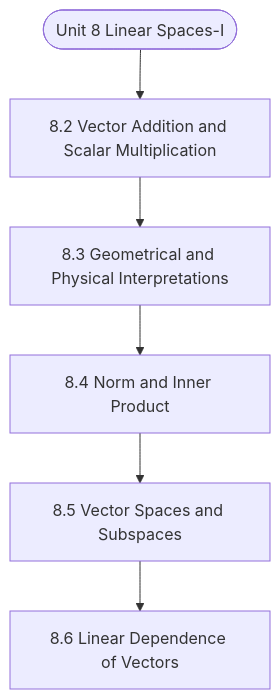
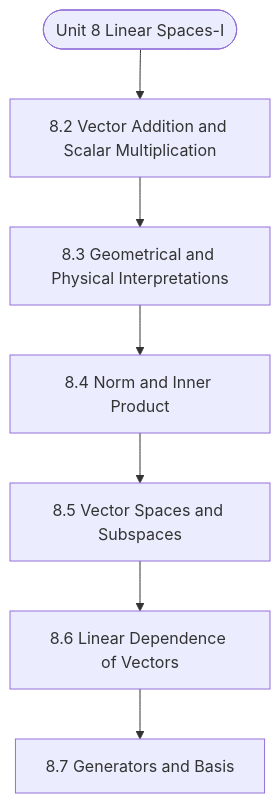
The diagram in notes/Semester_1/MCS-061_Mathematical_Foundations_-_I/unit_08_Linear_Spaces-I.md (Asutosh-Coaching/mscdsa), drawn with Mermaid before and after one commit. The commit also changed other lines of this file and 116 other files, not shown here.

````diff
--- a/notes/Semester_1/MCS-061_Mathematical_Foundations_-_I/unit_08_Linear_Spaces-I.md
+++ b/notes/Semester_1/MCS-061_Mathematical_Foundations_-_I/unit_08_Linear_Spaces-I.md
@@ -19,14 +19,16 @@
 ```mermaid
 flowchart TD
   Start(["Unit 8 Linear Spaces-I"])
   N1["8.2 Vector Addition and Scalar Multiplication"]
   N2["8.3 Geometrical and Physical Interpretations"]
   N3["8.4 Norm and Inner Product"]
   N4["8.5 Vector Spaces and Subspaces"]
   N5["8.6 Linear Dependence of Vectors"]
+  N6["8.7 Generators and Basis"]
   Start --> N1
   N1 --> N2
   N2 --> N3
   N3 --> N4
   N4 --> N5
+  N5 --> N6
 ```
````
